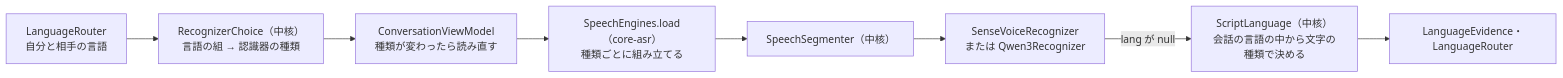
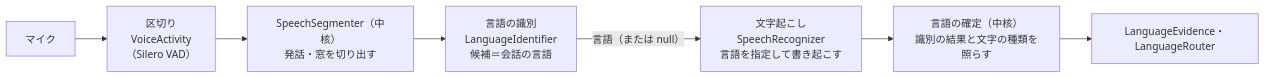
One commit to kagerouttepaso/PlamoTranslate changed the diagram in docs/作業中/会話翻訳に守備範囲の広い音声認識を足す.md. Above: the diagram before and after it, drawn with Mermaid. The commit also changed other lines of this file and 30 other files, not shown here.

````diff
--- a/docs/作業中/会話翻訳に守備範囲の広い音声認識を足す.md
+++ b/docs/作業中/会話翻訳に守備範囲の広い音声認識を足す.md
@@ -65,10 +28,9 @@
 ```mermaid
 flowchart LR
-  ROUTER["LanguageRouter<br>自分と相手の言語"] --> CHOICE["RecognizerChoice（中核）<br>言語の組 → 認識器の種類"]
-  CHOICE --> VM["ConversationViewModel<br>種類が変わったら読み直す"]
-  VM --> LOAD["SpeechEngines.load（core-asr）<br>種類ごとに組み立てる"]
-  LOAD --> SEG["SpeechSegmenter（中核）"]
-  SEG --> REC["SenseVoiceRecognizer<br>または Qwen3Recognizer"]
-  REC -->|"lang が null"| SCRIPT["ScriptLanguage（中核）<br>会話の言語の中から文字の種類で決める"]
-  SCRIPT --> EVID["LanguageEvidence・LanguageRouter"]
+  MIC["マイク"] --> VAD["区切り<br>VoiceActivity<br>（Silero VAD）"]
+  VAD --> SEG["SpeechSegmenter（中核）<br>発話・窓を切り出す"]
+  SEG --> LID["言語の識別<br>LanguageIdentifier<br>候補＝会話の言語"]
+  LID -->|"言語（または null）"| ASR["文字起こし<br>SpeechRecognizer<br>言語を指定して書き起こす"]
+  ASR --> FIX["言語の確定（中核）<br>識別の結果と文字の種類を照らす"]
+  FIX --> EVID["LanguageEvidence・LanguageRouter"]
 ```
````
